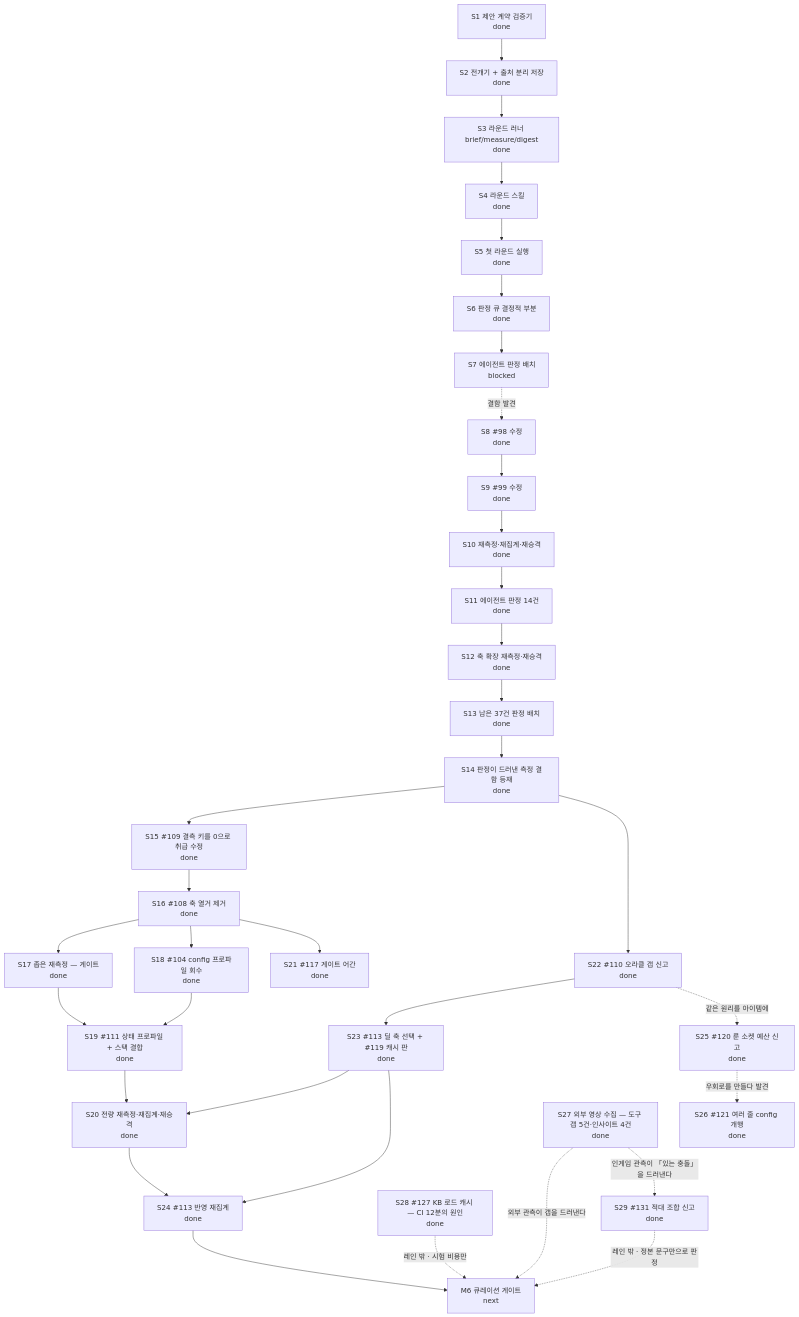
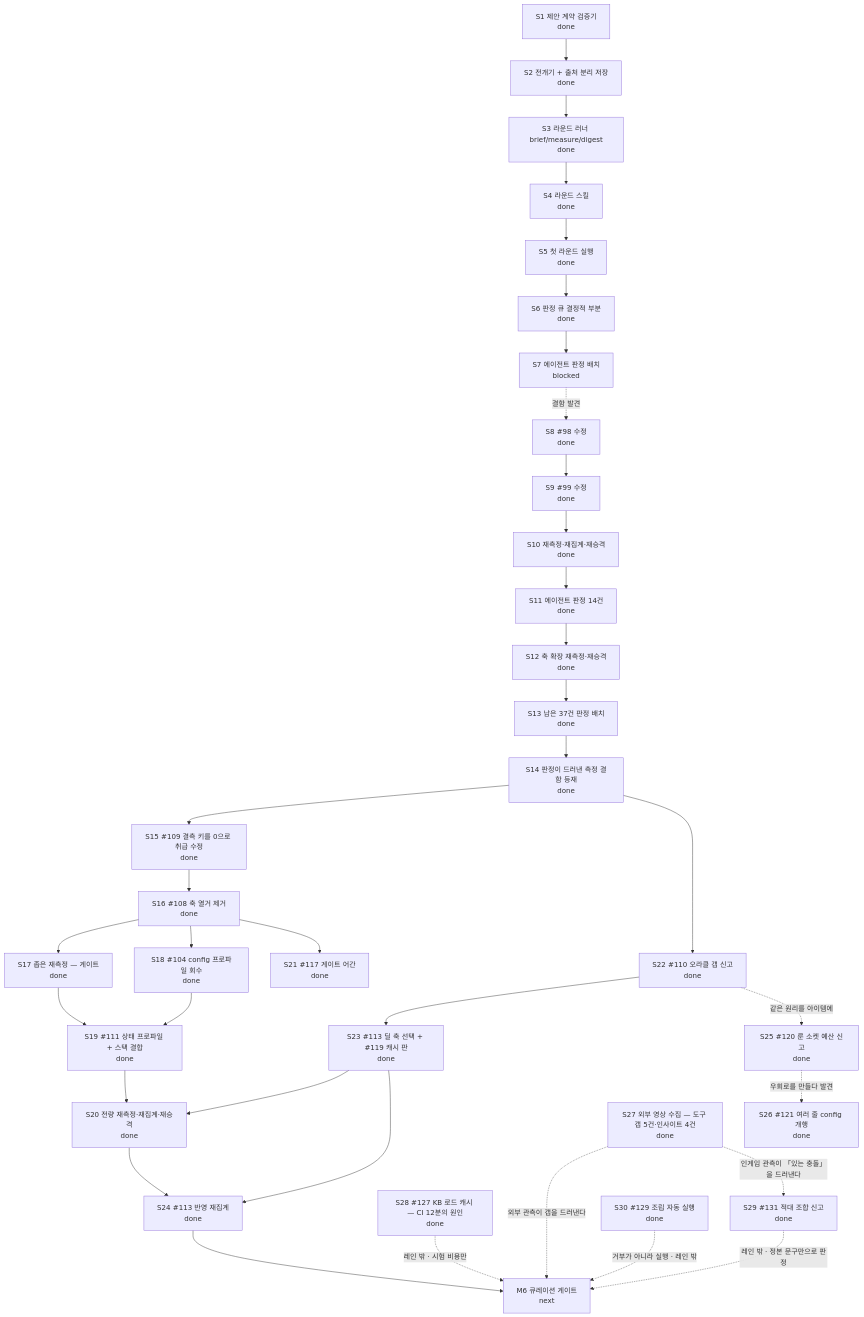
The diagram in docs/CURRENT-PLAN.md (skerfolg/poe2-ai-wiki), drawn with Mermaid before and after one commit. The commit also changed other lines of this file and 6 other files, not shown here.

````diff
--- a/docs/CURRENT-PLAN.md
+++ b/docs/CURRENT-PLAN.md
@@ -23,49 +23,51 @@
 ```mermaid
 flowchart TD
   CONTRACT[S1 제안 계약 검증기<br/>done]
   FLOW[S2 전개기 + 출처 분리 저장<br/>done]
   ROUND[S3 라운드 러너 brief/measure/digest<br/>done]
   SKILL[S4 라운드 스킬<br/>done]
   FIRST[S5 첫 라운드 실행<br/>done]
   NECESS[S6 판정 큐 결정적 부분<br/>done]
   JUDGE[S7 에이전트 판정 배치<br/>blocked]
   FIX[S8 #98 수정<br/>done]
   REMEAS[S9 #99 수정<br/>done]
   REAGG[S10 재측정·재집계·재승격<br/>done]
   RESUME[S11 에이전트 판정 14건<br/>done]
   AXES[S12 축 확장 재측정·재승격<br/>done]
   NEXT2[S13 남은 37건 판정 배치<br/>done]
   DEF[S14 판정이 드러낸 측정 결함 등재<br/>done]
   FIXDELTA[S15 #109 결측 키를 0으로 취급 수정<br/>done]
   WIDEN[S16 #108 축 열거 제거<br/>done]
   NARROW[S17 좁은 재측정 — 게이트<br/>done]
   CFG[S18 #104 config 프로파일 회수<br/>done]
   CPL[S19 #111 상태 프로파일 + 스택 결합<br/>done]
   FULL[S20 전량 재측정·재집계·재승격<br/>done]
   STEM[S21 #117 게이트 어간<br/>done]
   ORACLE[S22 #110 오라클 갭 신고<br/>done]
   AXIS[S23 #113 딜 축 선택 + #119 캐시 판<br/>done]
   REAGG2[S24 #113 반영 재집계<br/>done]
   SOCKET[S25 #120 룬 소켓 예산 신고<br/>done]
   ATTR[S26 #121 여러 줄 config 개행<br/>done]
   EXT[S27 외부 영상 수집 — 도구 갭 5건·인사이트 4건<br/>done]
   CI[S28 #127 KB 로드 캐시 — CI 12분의 원인<br/>done]
   ANTAG[S29 #131 적대 조합 신고<br/>done]
+  FILL[S30 #129 조립 자동 실행<br/>done]
   M6[M6 큐레이션 게이트<br/>next]
   CONTRACT --> FLOW --> ROUND --> SKILL --> FIRST --> NECESS --> JUDGE
   JUDGE -. 결함 발견 .-> FIX --> REMEAS --> REAGG --> RESUME --> AXES --> NEXT2
   NEXT2 --> DEF --> FIXDELTA --> WIDEN --> NARROW --> CPL --> FULL
   WIDEN --> CFG --> CPL
   WIDEN --> STEM
   DEF --> ORACLE
   ORACLE --> AXIS --> FULL
   FULL --> REAGG2
   AXIS --> REAGG2
   REAGG2 --> M6
   ORACLE -. 같은 원리를 아이템에 .-> SOCKET
   SOCKET -. 우회로를 만들다 발견 .-> ATTR
   EXT -. 외부 관측이 갭을 드러낸다 .-> M6
   CI -. 레인 밖 · 시험 비용만 .-> M6
   EXT -. 인게임 관측이 「있는 충돌」을 드러낸다 .-> ANTAG
   ANTAG -. 레인 밖 · 정본 문구만으로 판정 .-> M6
+  FILL -. 거부가 아니라 실행 · 레인 밖 .-> M6
 ```
````
